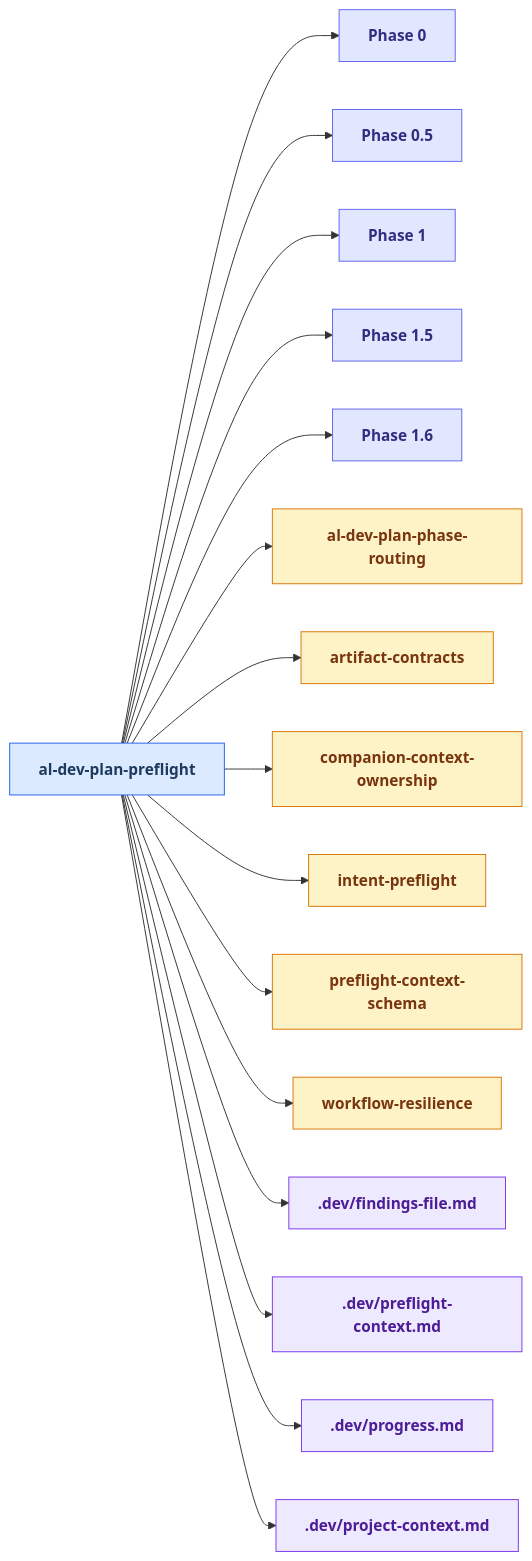
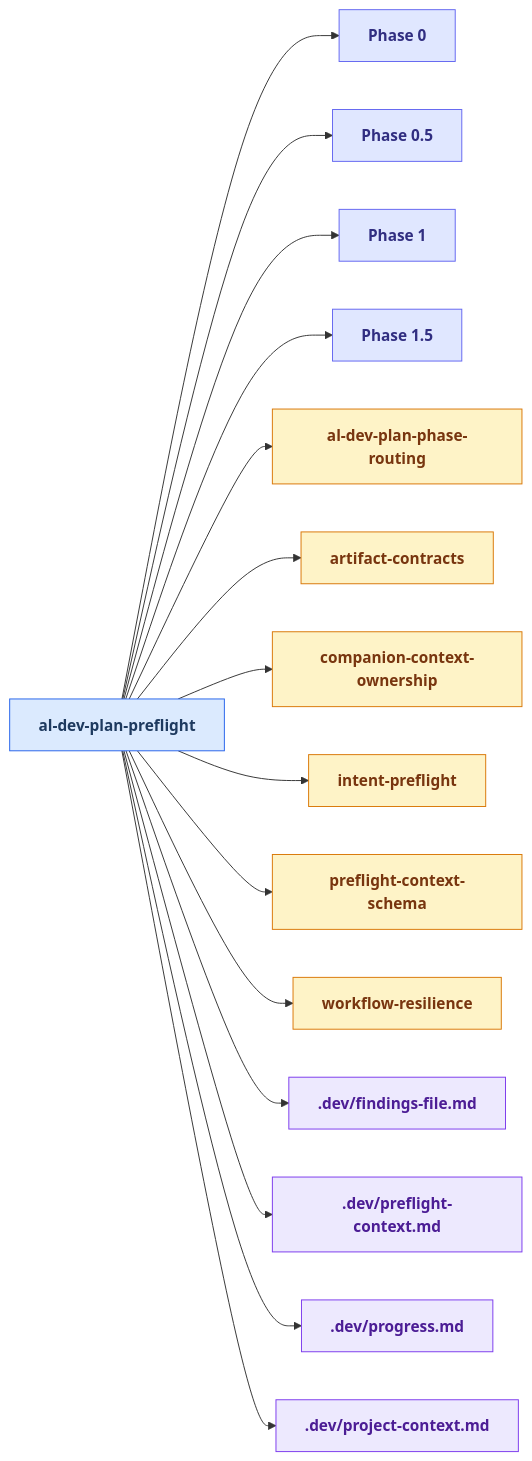
One commit to russell-laing/al-dev-shared changed the eighth of 24 diagrams in docs/al-dev-skills-map.md. Above: the diagram before and after it, drawn with Mermaid. The commit also changed other lines of this file and 5 other files, not shown here.

````diff
--- a/docs/al-dev-skills-map.md
+++ b/docs/al-dev-skills-map.md
@@ -421,58 +421,55 @@
 ```mermaid
 flowchart LR
     classDef skillNode fill:#dbeafe,stroke:#2563eb,color:#1e3a5f,font-weight:bold
     classDef agentNode fill:#d1fae5,stroke:#059669,color:#064e3b,font-weight:bold
     classDef knowledgeNode fill:#fef3c7,stroke:#d97706,color:#78350f,font-weight:bold
     classDef artifactNode fill:#ede9fe,stroke:#7c3aed,color:#4c1d95,font-weight:bold
     classDef phaseNode fill:#e0e7ff,stroke:#6366f1,color:#312e81,font-weight:bold
 
     skill_al_dev_plan_preflight[al-dev-plan-preflight]
     Phase0["Phase 0"]
     Phase0_5["Phase 0.5"]
     Phase1["Phase 1"]
     Phase1_5["Phase 1.5"]
-    Phase1_6["Phase 1.6"]
     knowledge_al_dev_plan_phase_routing_md[al-dev-plan-phase-routing]
     knowledge_artifact_contracts_md[artifact-contracts]
     knowledge_companion_context_ownership_md[companion-context-ownership]
     knowledge_intent_preflight_md[intent-preflight]
     knowledge_preflight_context_schema_md[preflight-context-schema]
     knowledge_workflow_resilience_md[workflow-resilience]
     artifact_findings_file_md[.dev/findings-file.md]
     artifact_preflight_context_md[.dev/preflight-context.md]
     artifact_progress_md[.dev/progress.md]
     artifact_project_context_md[.dev/project-context.md]
 
     skill_al_dev_plan_preflight --> Phase0
     skill_al_dev_plan_preflight --> Phase0_5
     skill_al_dev_plan_preflight --> Phase1
     skill_al_dev_plan_preflight --> Phase1_5
-    skill_al_dev_plan_preflight --> Phase1_6
     skill_al_dev_plan_preflight --> knowledge_al_dev_plan_phase_routing_md
     skill_al_dev_plan_preflight --> knowledge_artifact_contracts_md
     skill_al_dev_plan_preflight --> knowledge_companion_context_ownership_md
     skill_al_dev_plan_preflight --> knowledge_intent_preflight_md
     skill_al_dev_plan_preflight --> knowledge_preflight_context_schema_md
     skill_al_dev_plan_preflight --> knowledge_workflow_resilience_md
     skill_al_dev_plan_preflight --> artifact_findings_file_md
     skill_al_dev_plan_preflight --> artifact_preflight_context_md
     skill_al_dev_plan_preflight --> artifact_progress_md
     skill_al_dev_plan_preflight --> artifact_project_context_md
 
     class skill_al_dev_plan_preflight skillNode
     class Phase0 phaseNode
     class Phase0_5 phaseNode
     class Phase1 phaseNode
     class Phase1_5 phaseNode
-    class Phase1_6 phaseNode
     class knowledge_al_dev_plan_phase_routing_md knowledgeNode
     class knowledge_artifact_contracts_md knowledgeNode
     class knowledge_companion_context_ownership_md knowledgeNode
     class knowledge_intent_preflight_md knowledgeNode
     class knowledge_preflight_context_schema_md knowledgeNode
     class knowledge_workflow_resilience_md knowledgeNode
     class artifact_findings_file_md artifactNode
     class artifact_preflight_context_md artifactNode
     class artifact_progress_md artifactNode
     class artifact_project_context_md artifactNode
 ```
````
